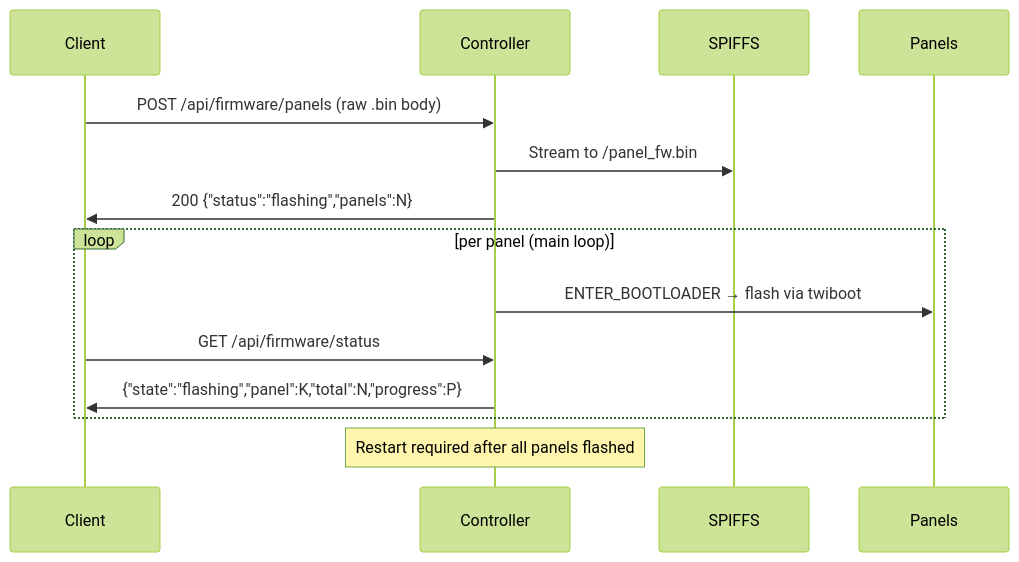
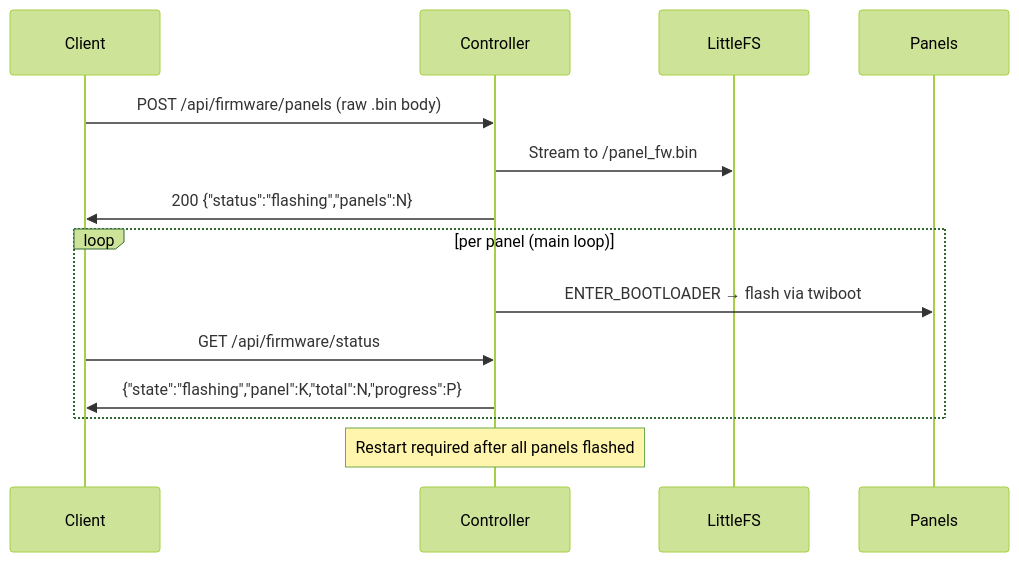
The second of 2 diagrams in docs/ota.md (przemczan/lightnet-firmware), drawn with Mermaid (forest theme) before and after one commit. The commit also changed other lines of this file and 41 other files, not shown here.

Commit message:
SPIFFS=>LittleFs, fix panels http api

````diff
--- a/docs/ota.md
+++ b/docs/ota.md
@@ -72,17 +72,17 @@
 ```mermaid
 sequenceDiagram
   participant Client
   participant Controller
-  participant SPIFFS
+  participant LittleFS
   participant Panels
 
   Client->>Controller: POST /api/firmware/panels (raw .bin body)
-  Controller->>SPIFFS: Stream to /panel_fw.bin
+  Controller->>LittleFS: Stream to /panel_fw.bin
   Controller->>Client: 200 {"status":"flashing","panels":N}
   loop per panel (main loop)
     Controller->>Panels: ENTER_BOOTLOADER → flash via twiboot
     Client->>Controller: GET /api/firmware/status
     Controller->>Client: {"state":"flashing","panel":K,"total":N,"progress":P}
   end
   Note over Controller: Restart required after all panels flashed
 ```
````
